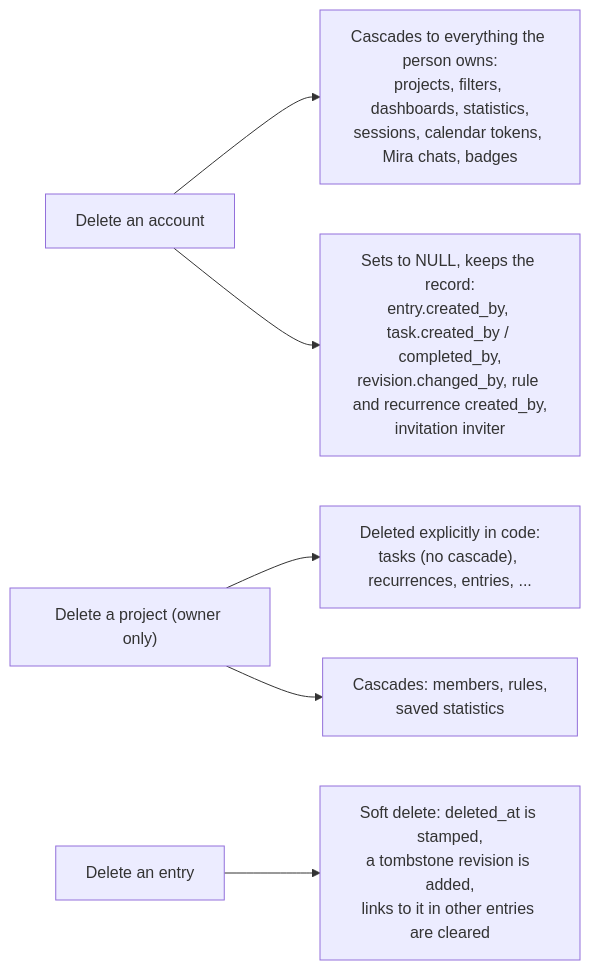
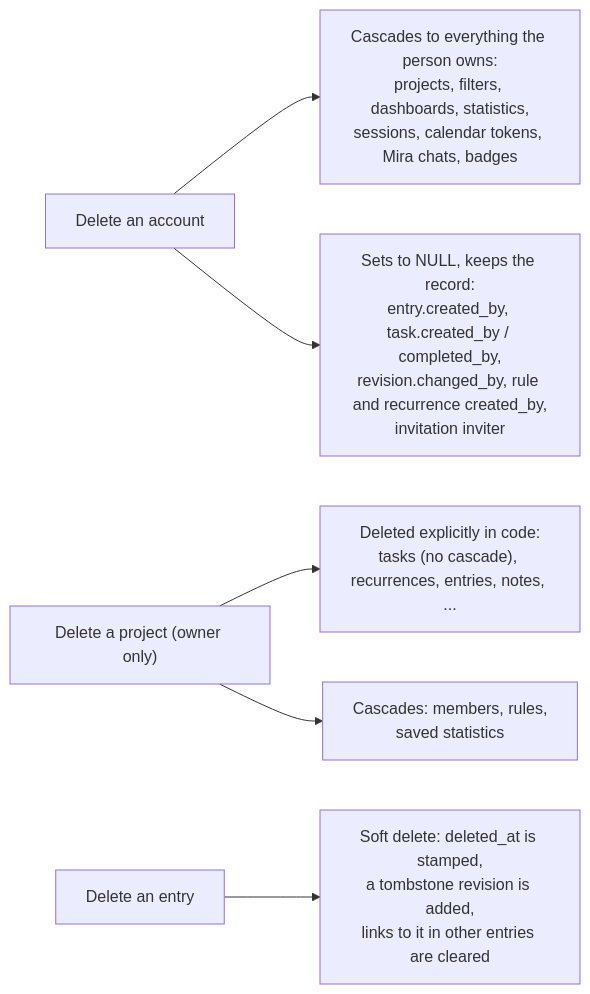
Before and after one commit to IcedMallard4334/Chronicles-Logbook: the sixth of 30 diagrams in docs/architecture/diagrams.md, drawn with Mermaid. The commit also changed other lines of this file and 25 other files, not shown here.

First line of the commit message:
feat: project notes, private or shared with the team

````diff
--- a/docs/architecture/diagrams.md
+++ b/docs/architecture/diagrams.md
@@ -431,8 +443,8 @@
 ```mermaid
 flowchart LR
     user["Delete an account"] --> cascadeUser["Cascades to everything the person owns:<br/>projects, filters, dashboards, statistics,<br/>sessions, calendar tokens, Mira chats, badges"]
     user --> setNull["Sets to NULL, keeps the record:<br/>entry.created_by, task.created_by / completed_by,<br/>revision.changed_by, rule and recurrence created_by,<br/>invitation inviter"]
-    project["Delete a project (owner only)"] --> explicit["Deleted explicitly in code:<br/>tasks (no cascade), recurrences, entries, ..."]
+    project["Delete a project (owner only)"] --> explicit["Deleted explicitly in code:<br/>tasks (no cascade), recurrences, entries, notes, ..."]
     project --> cascadeProject["Cascades: members, rules,<br/>saved statistics"]
     entry["Delete an entry"] --> tomb["Soft delete: deleted_at is stamped,<br/>a tombstone revision is added,<br/>links to it in other entries are cleared"]
 ```
````
